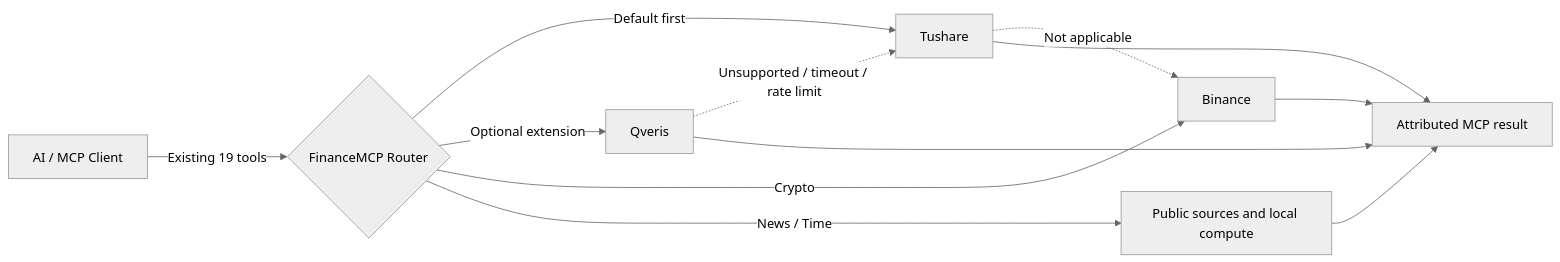
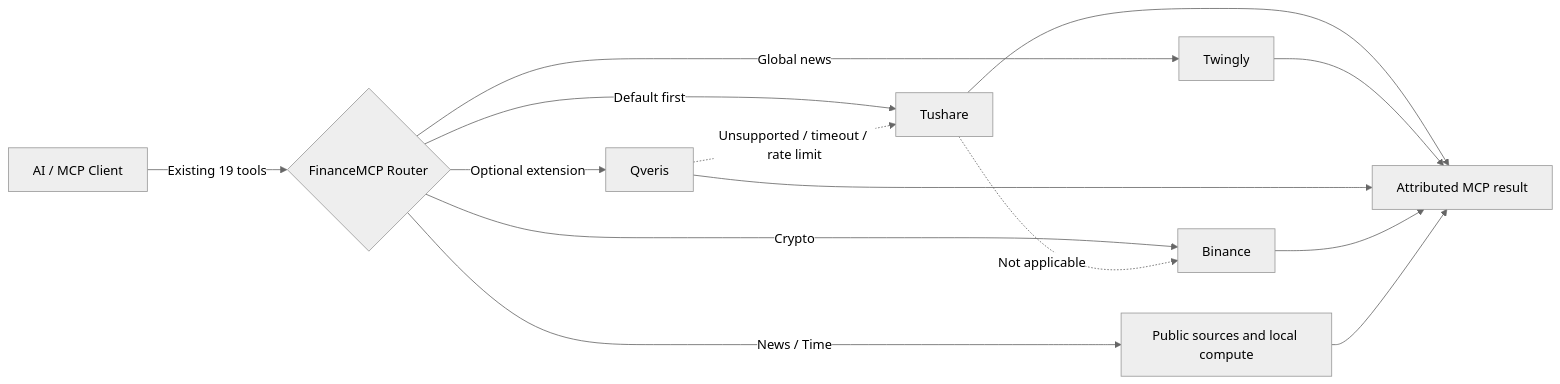
Before and after one commit to guangxiangdebizi/FinanceMCP: the diagram in README_EN.md, drawn with Mermaid (neutral theme). The commit also changed other lines of this file and 12 other files, not shown here.

Commit message:
feat: add optional Twingly news provider

````diff
--- a/README_EN.md
+++ b/README_EN.md
@@ -76,11 +76,12 @@
 ```mermaid
 flowchart LR
     C[AI / MCP Client] -->|Existing 19 tools| R{FinanceMCP Router}
     R -->|Default first| T[Tushare]
+    R -->|Global news| G[Twingly]
     R -->|Optional extension| Q[Qveris]
     R -->|Crypto| B[Binance]
     R -->|News / Time| L[Public sources and local compute]
     Q -. Unsupported / timeout / rate limit .-> T
     T -. Not applicable .-> B
-    T & Q & B & L --> O[Attributed MCP result]
+    T & G & Q & B & L --> O[Attributed MCP result]
 ```
````
